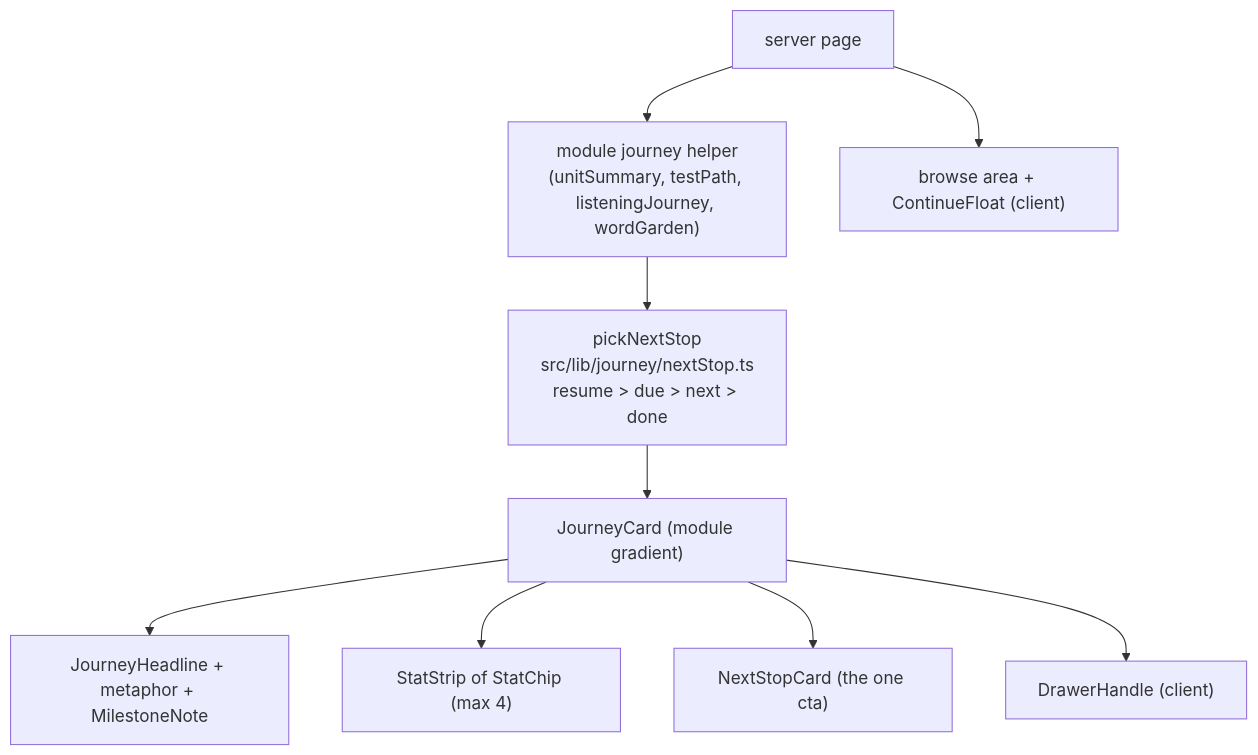
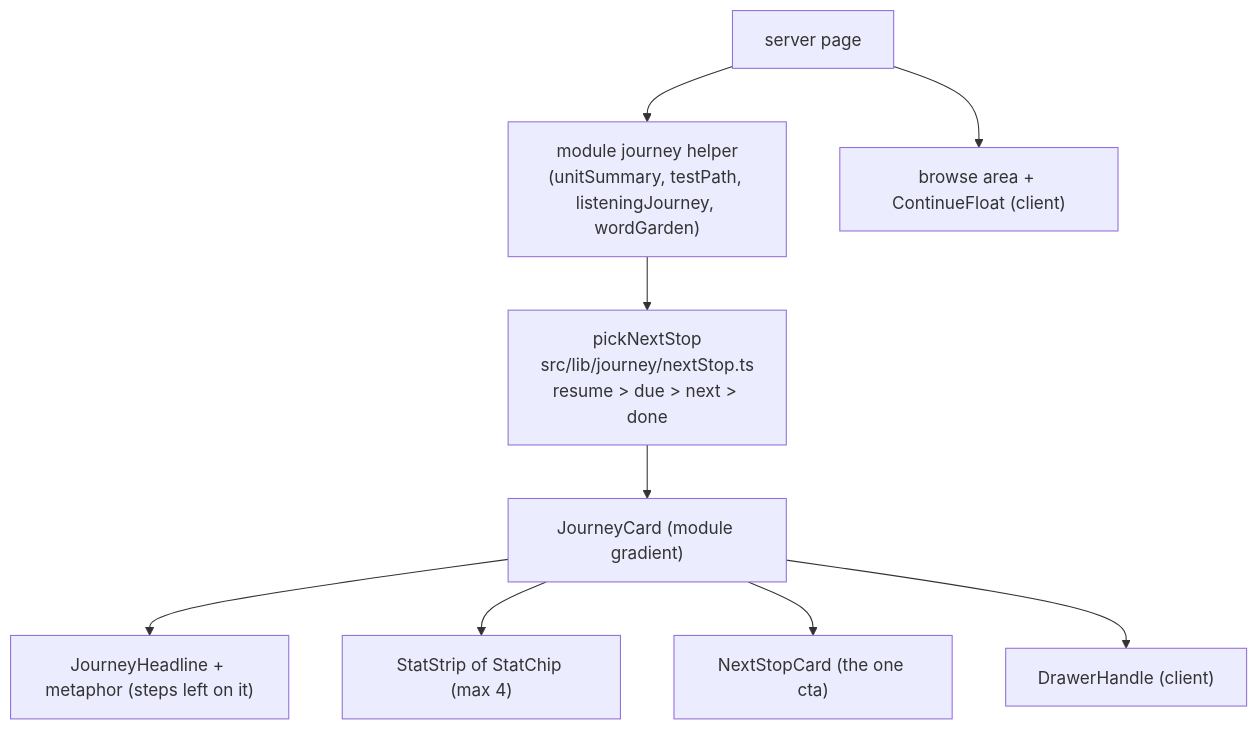
Before and after one commit to NaKMiers/English_For_Only_Me: the first of 3 diagrams in docs/06-frontend.md, drawn with Mermaid. The commit also changed other lines of this file and 6 other files, not shown here.

````diff
--- a/docs/06-frontend.md
+++ b/docs/06-frontend.md
@@ -233,11 +233,11 @@
 ```mermaid
 graph TD
   Page["server page"] --> Helper["module journey helper<br/>(unitSummary, testPath, listeningJourney, wordGarden)"]
   Helper --> Pick["pickNextStop<br/>src/lib/journey/nextStop.ts<br/>resume > due > next > done"]
   Pick --> Card["JourneyCard (module gradient)"]
-  Card --> Headline["JourneyHeadline + metaphor + MilestoneNote"]
+  Card --> Headline["JourneyHeadline + metaphor (steps left on it)"]
   Card --> Stats["StatStrip of StatChip (max 4)"]
   Card --> Next["NextStopCard (the one cta)"]
   Card --> Handle["DrawerHandle (client)"]
   Page --> Browse["browse area + ContinueFloat (client)"]
 ```
````
